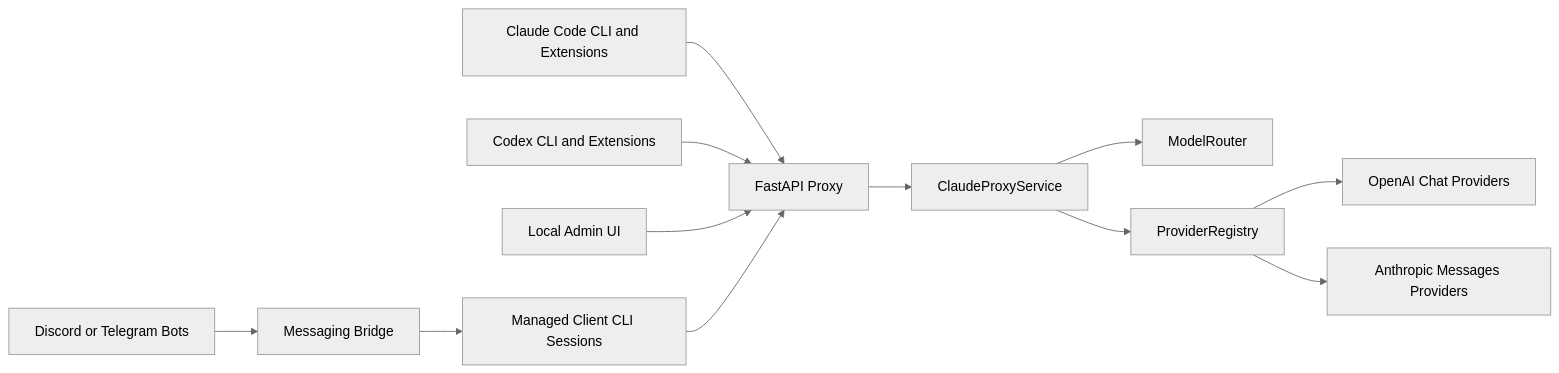
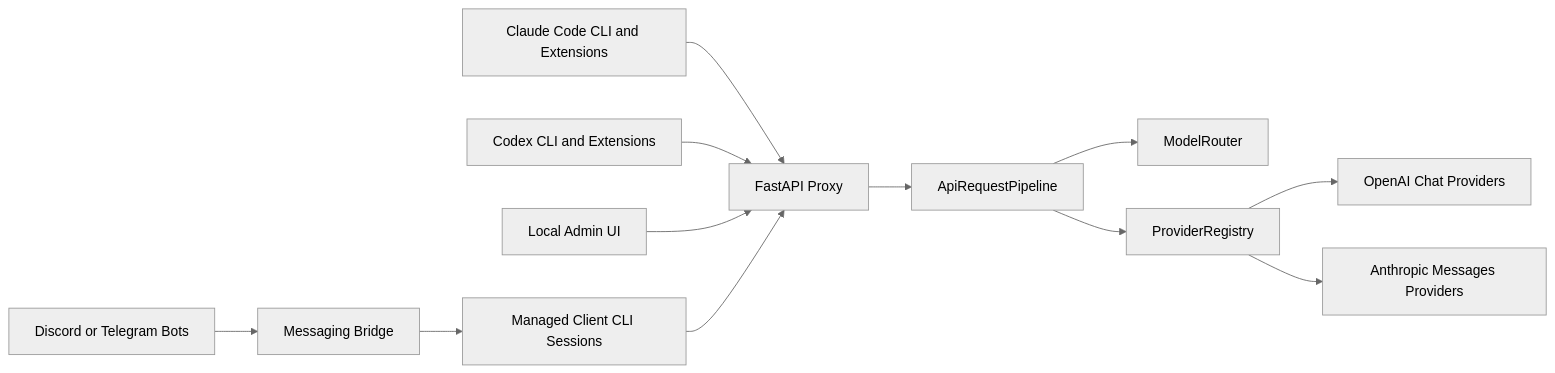
Before and after one commit to shinmentakezo07/shin07: the first of 3 diagrams in ARCHITECTURE.md, drawn with Mermaid (neutral theme). The commit also changed other lines of this file and 11 other files, not shown here.

Commit message:
Refactor API request pipeline (#851)

````diff
--- a/ARCHITECTURE.md
+++ b/ARCHITECTURE.md
@@ -27,14 +27,14 @@
 ```mermaid
 flowchart LR
     ClaudeCode[Claude Code CLI and Extensions] --> ProxyAPI[FastAPI Proxy]
     Codex[Codex CLI and Extensions] --> ProxyAPI
     AdminUI[Local Admin UI] --> ProxyAPI
     Bots[Discord or Telegram Bots] --> Messaging[Messaging Bridge]
     Messaging --> ClientCLI[Managed Client CLI Sessions]
     ClientCLI --> ProxyAPI
-    ProxyAPI --> Service[ClaudeProxyService]
-    Service --> Router[ModelRouter]
-    Service --> Providers[ProviderRegistry]
+    ProxyAPI --> Pipeline[ApiRequestPipeline]
+    Pipeline --> Router[ModelRouter]
+    Pipeline --> Providers[ProviderRegistry]
     Providers --> OpenAIChat[OpenAI Chat Providers]
     Providers --> NativeAnthropic[Anthropic Messages Providers]
 ```
````
